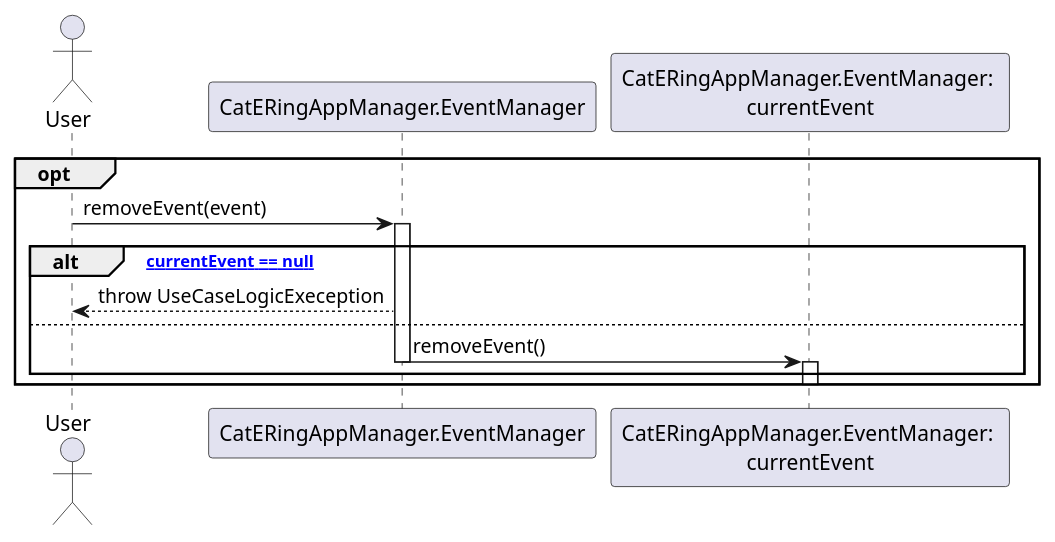
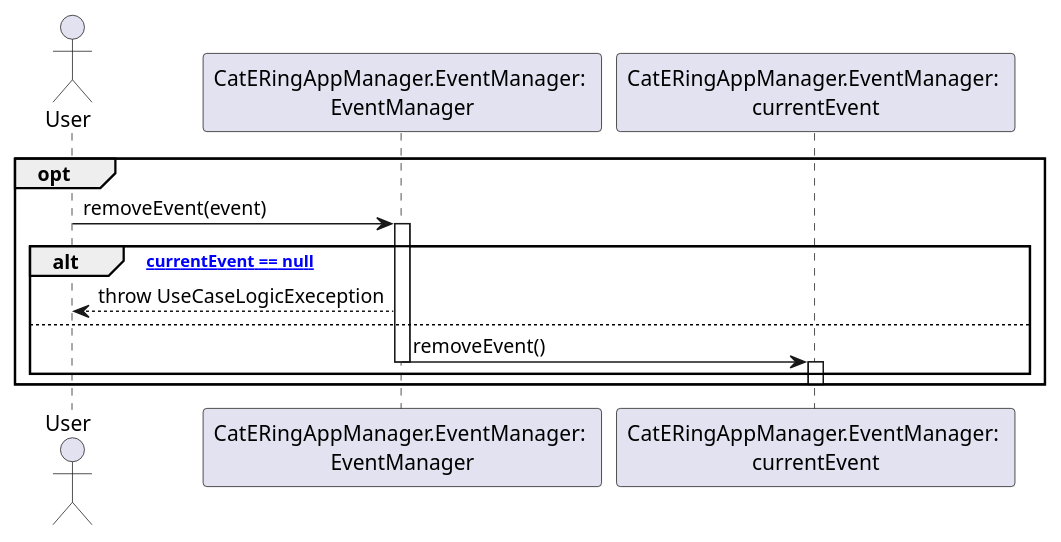
The diagram in dsd/dsd-eventi/estensioniEcc/25a-removeEvent.md (m0canu1/sas), drawn with PlantUML before and after one commit. The commit also changed 11 other files, not shown here.

````diff
--- a/dsd/dsd-eventi/estensioniEcc/25a-removeEvent.md
+++ b/dsd/dsd-eventi/estensioniEcc/25a-removeEvent.md
@@ -1,21 +1,21 @@
 ```plantuml
 Actor User
-Participant "CatERingAppManager.EventManager"
-Participant "CatERingAppManager.EventManager: \ncurrentEvent"
+Participant "CatERingAppManager.EventManager: \nEventManager" as EM
+Participant "CatERingAppManager.EventManager: \ncurrentEvent" as CE
 
 
 opt
-    User -> "CatERingAppManager.EventManager": removeEvent(event)
-    Activate "CatERingAppManager.EventManager"
+    User -> EM: removeEvent(event)
+    Activate EM
     
     alt ["currentEvent == null"]
-        "CatERingAppManager.EventManager" --> User: throw UseCaseLogicExeception
+        EM --> User: throw UseCaseLogicExeception
     else
-        "CatERingAppManager.EventManager" -> "CatERingAppManager.EventManager: \ncurrentEvent": removeEvent()
-        Deactivate "CatERingAppManager.EventManager"
-        Activate "CatERingAppManager.EventManager: \ncurrentEvent"
+        EM -> CE: removeEvent()
+        Deactivate EM
+        Activate CE
     end
-     Deactivate "CatERingAppManager.EventManager: \ncurrentEvent"
+     Deactivate CE
 end
 
 ```
````
